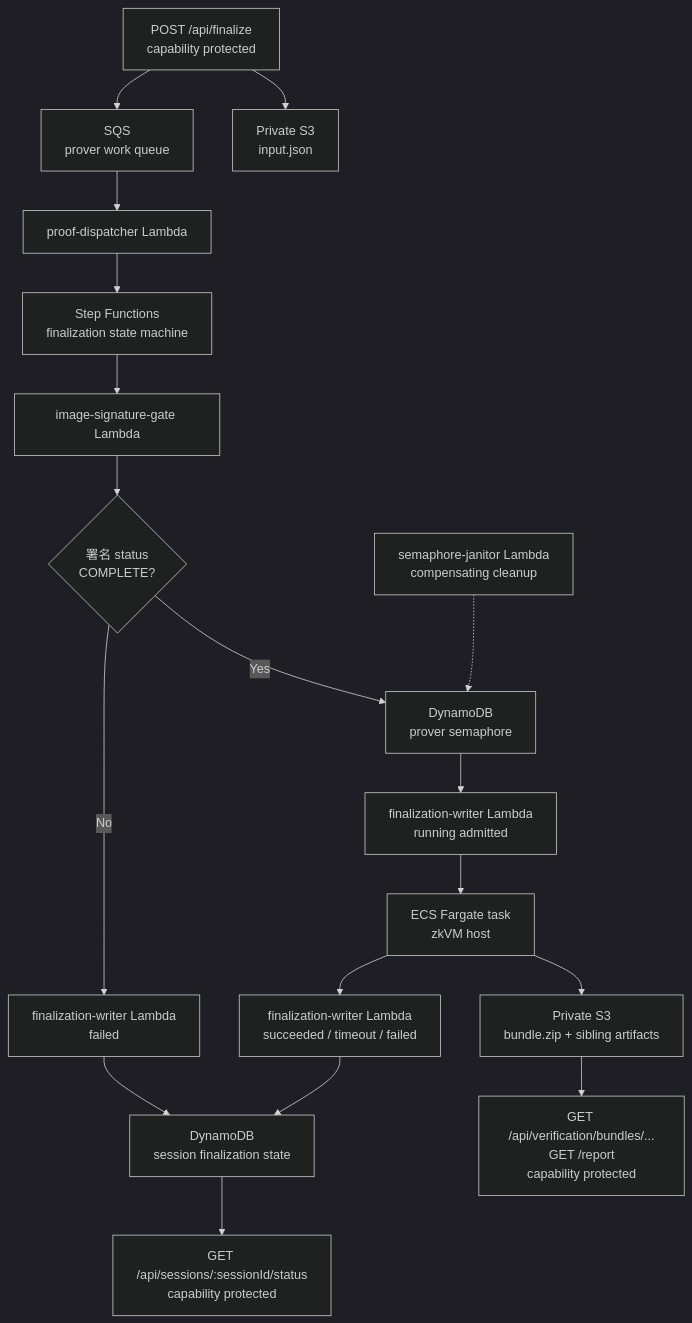
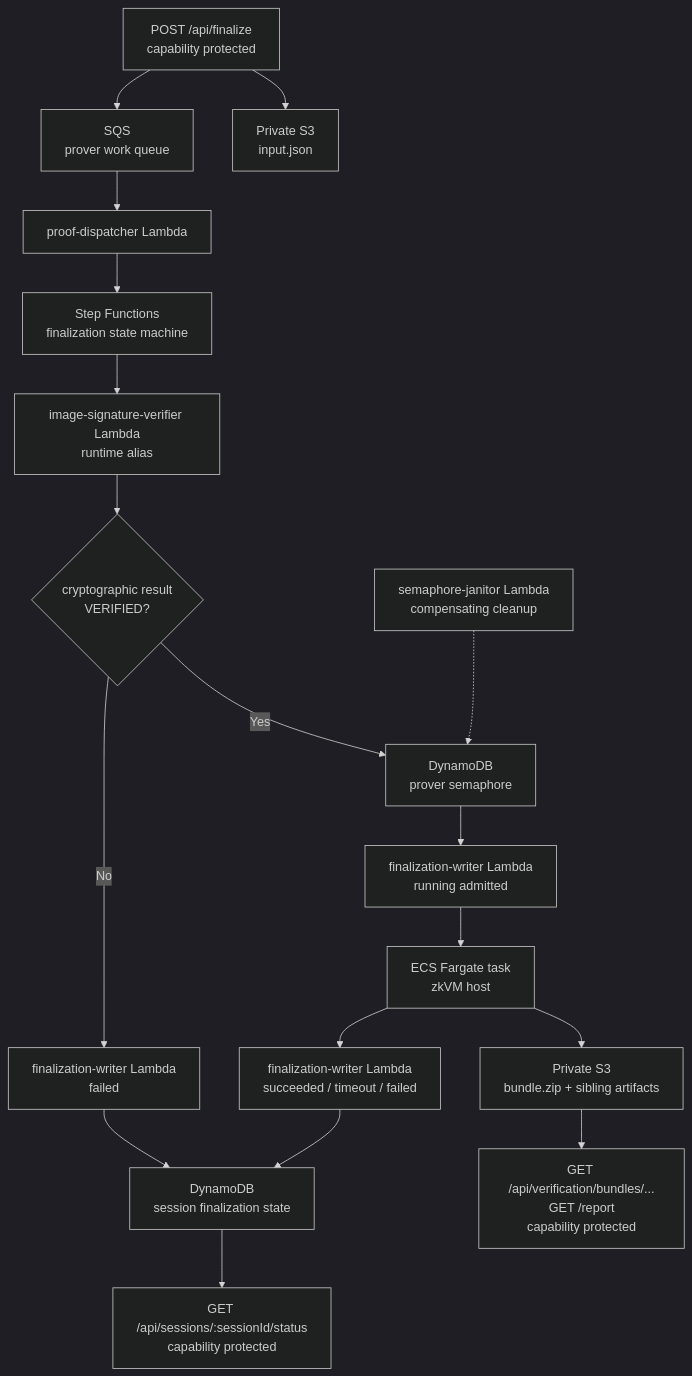
Before and after one commit to hwatanabe-jp/stark-ballot-simulator-public: the first of 3 diagrams in public-book/src/aws/async-prover.md, drawn with Mermaid (dark theme). The commit also changed other lines of this file and 389 other files, not shown here.

````diff
--- a/public-book/src/aws/async-prover.md
+++ b/public-book/src/aws/async-prover.md
@@ -14,20 +14,20 @@
 ```mermaid
 flowchart TB
   API["POST /api/finalize<br/>capability protected"] --> S3IN["Private S3<br/>input.json"]
   API --> SQS["SQS<br/>prover work queue"]
   SQS --> DISPATCH["proof-dispatcher Lambda"]
   DISPATCH --> SFN["Step Functions<br/>finalization state machine"]
-  SFN --> SIG["image-signature-gate Lambda"]
-  SIG --> CHECK{"署名 status<br/>COMPLETE?"}
+  SFN --> SIG["image-signature-verifier Lambda<br/>runtime alias"]
+  SIG --> CHECK{"cryptographic result<br/>VERIFIED?"}
   CHECK -->|Yes| SEM["DynamoDB<br/>prover semaphore"]
   JANITOR["semaphore-janitor Lambda<br/>compensating cleanup"] -.-> SEM
   SEM --> STARTED["finalization-writer Lambda<br/>running admitted"]
   STARTED --> ECS["ECS Fargate task<br/>zkVM host"]
   CHECK -->|No| CALLBACK_FAIL["finalization-writer Lambda<br/>failed"]
   ECS --> S3OUT["Private S3<br/>bundle.zip + sibling artifacts"]
   ECS --> CALLBACK_OK["finalization-writer Lambda<br/>succeeded / timeout / failed"]
   CALLBACK_OK --> DDB["DynamoDB<br/>session finalization state"]
   CALLBACK_FAIL --> DDB
   DDB --> STATUS["GET /api/sessions/:sessionId/status<br/>capability protected"]
   S3OUT --> DOWNLOAD["GET /api/verification/bundles/...<br/>GET /report<br/>capability protected"]
 ```
````
